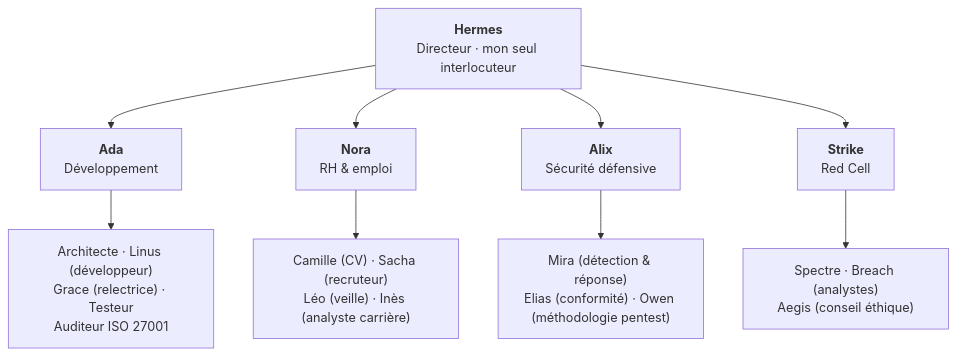
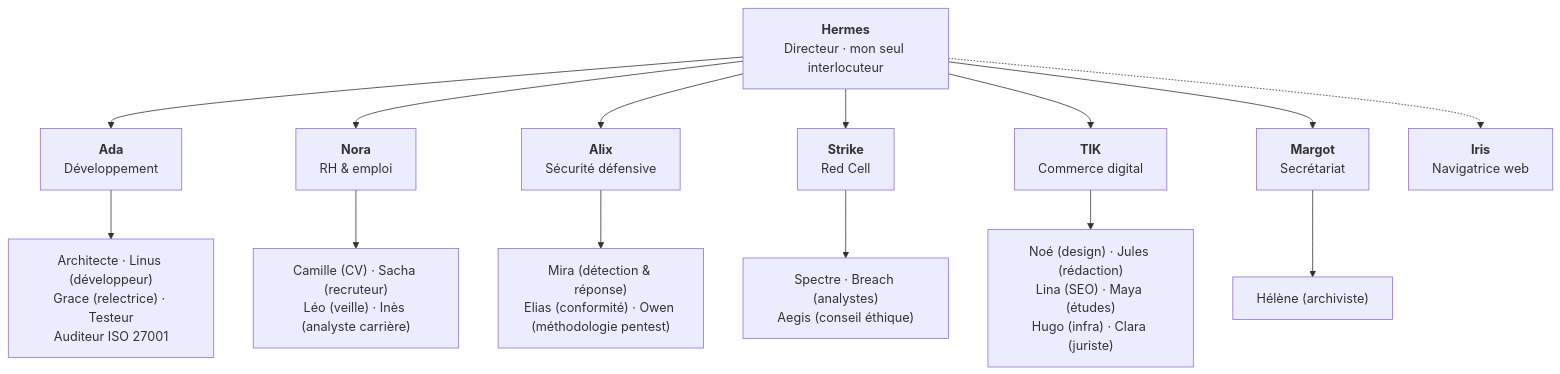
One commit to Dow08/OS-Agentique_showcase changed the second of 2 diagrams in README.fr.md. Above: the diagram before and after it, drawn with Mermaid. The commit also changed other lines of this file and 7 other files, not shown here.

````diff
--- a/README.fr.md
+++ b/README.fr.md
@@ -70,12 +71,17 @@
 ```mermaid
 flowchart TD
     H["<b>Hermes</b><br/>Directeur · mon seul interlocuteur"]
     H --> DEV["<b>Ada</b><br/>Développement"]
     H --> RH["<b>Nora</b><br/>RH & emploi"]
     H --> SEC["<b>Alix</b><br/>Sécurité défensive"]
     H --> RED["<b>Strike</b><br/>Red Cell"]
+    H --> TIK["<b>TIK</b><br/>Commerce digital"]
+    H --> SEC2["<b>Margot</b><br/>Secrétariat"]
+    H -.-> IRIS["<b>Iris</b><br/>Navigatrice web"]
     DEV --> DEV1["Architecte · Linus (développeur)<br/>Grace (relectrice) · Testeur<br/>Auditeur ISO 27001"]
     RH --> RH1["Camille (CV) · Sacha (recruteur)<br/>Léo (veille) · Inès (analyste carrière)"]
     SEC --> SEC1["Mira (détection & réponse)<br/>Elias (conformité) · Owen (méthodologie pentest)"]
     RED --> RED1["Spectre · Breach (analystes)<br/>Aegis (conseil éthique)"]
+    TIK --> TIK1["Noé (design) · Jules (rédaction)<br/>Lina (SEO) · Maya (études)<br/>Hugo (infra) · Clara (juriste)"]
+    SEC2 --> SEC21["Hélène (archiviste)"]
 ```
````
